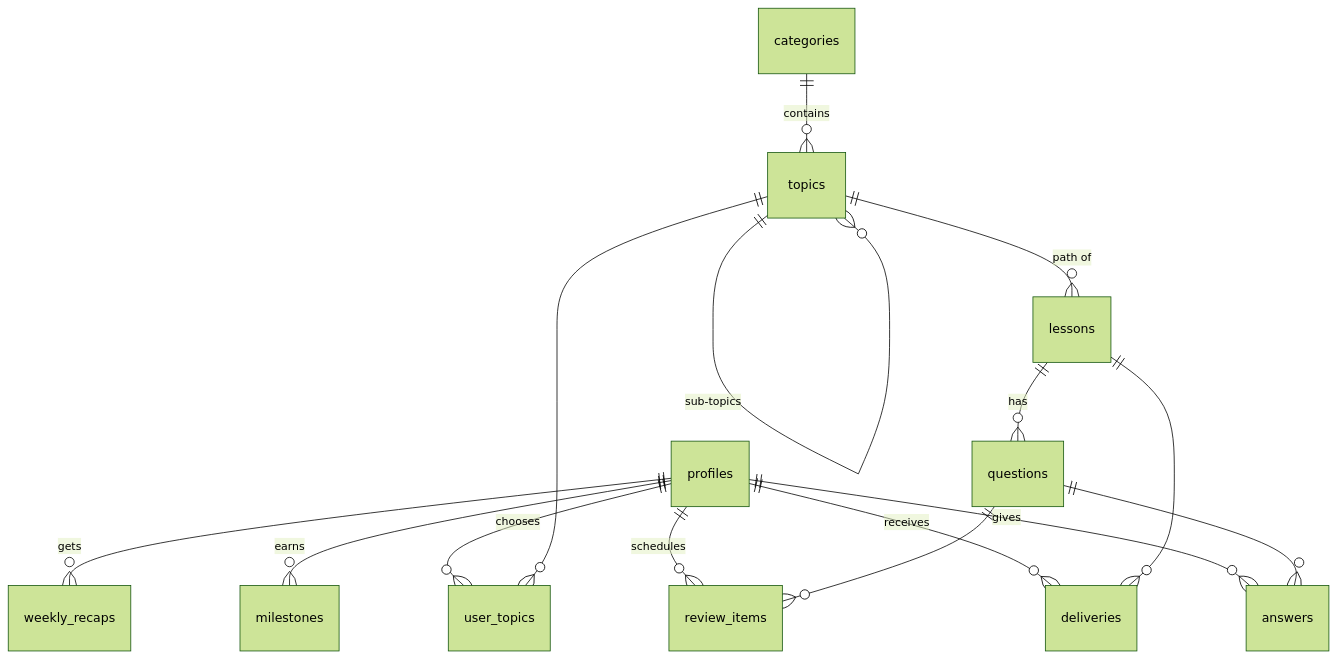
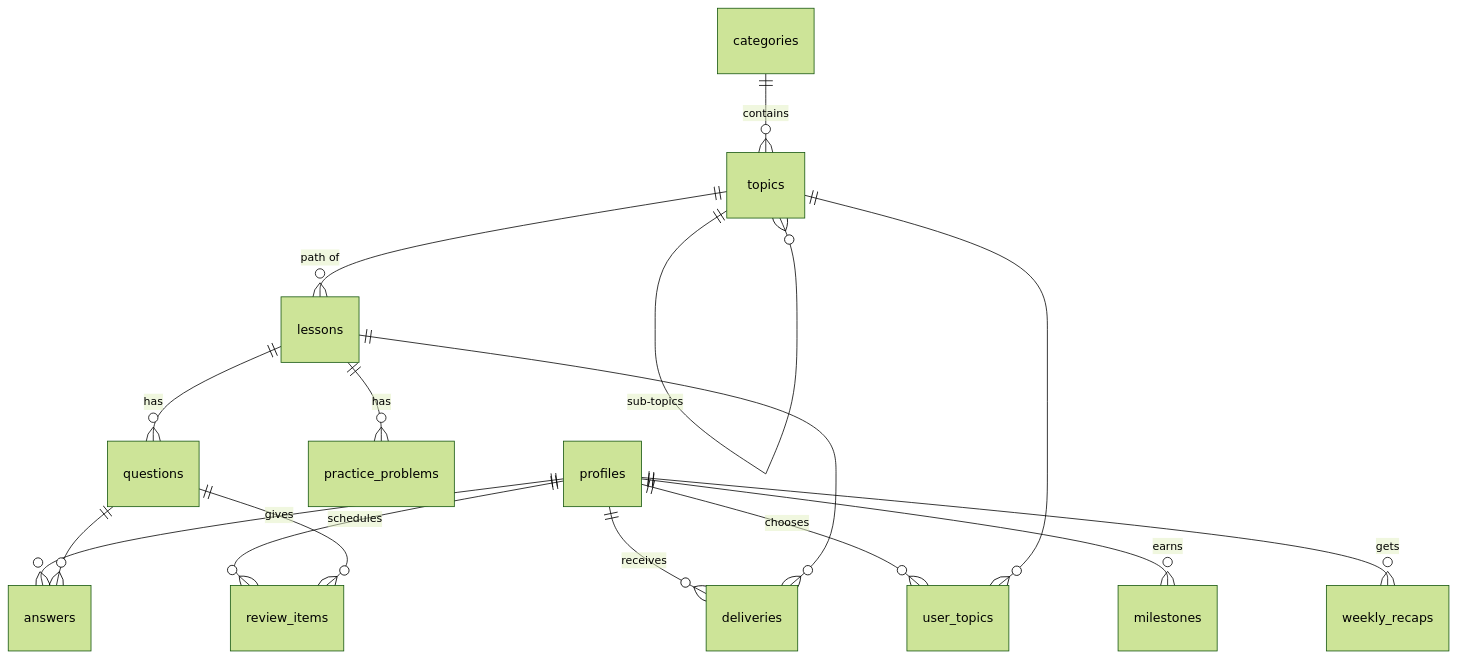
Before and after one commit to niclindb/Pisara: the second of 2 diagrams in docs/design.md, drawn with Mermaid (forest theme). The commit also changed other lines of this file and 5 other files, not shown here.

First line of the commit message:
Add optional practice problems to lessons

````diff
--- a/docs/design.md
+++ b/docs/design.md
@@ -56,17 +56,18 @@
 ```mermaid
 erDiagram
   categories ||--o{ topics : contains
   topics ||--o{ topics : "sub-topics"
   topics ||--o{ lessons : "path of"
   lessons ||--o{ questions : has
+  lessons ||--o{ practice_problems : has
   profiles ||--o{ user_topics : chooses
   topics ||--o{ user_topics : ""
   profiles ||--o{ deliveries : receives
   lessons ||--o{ deliveries : ""
   profiles ||--o{ answers : gives
   questions ||--o{ answers : ""
   profiles ||--o{ review_items : schedules
   questions ||--o{ review_items : ""
   profiles ||--o{ milestones : earns
   profiles ||--o{ weekly_recaps : gets
 ```
````
